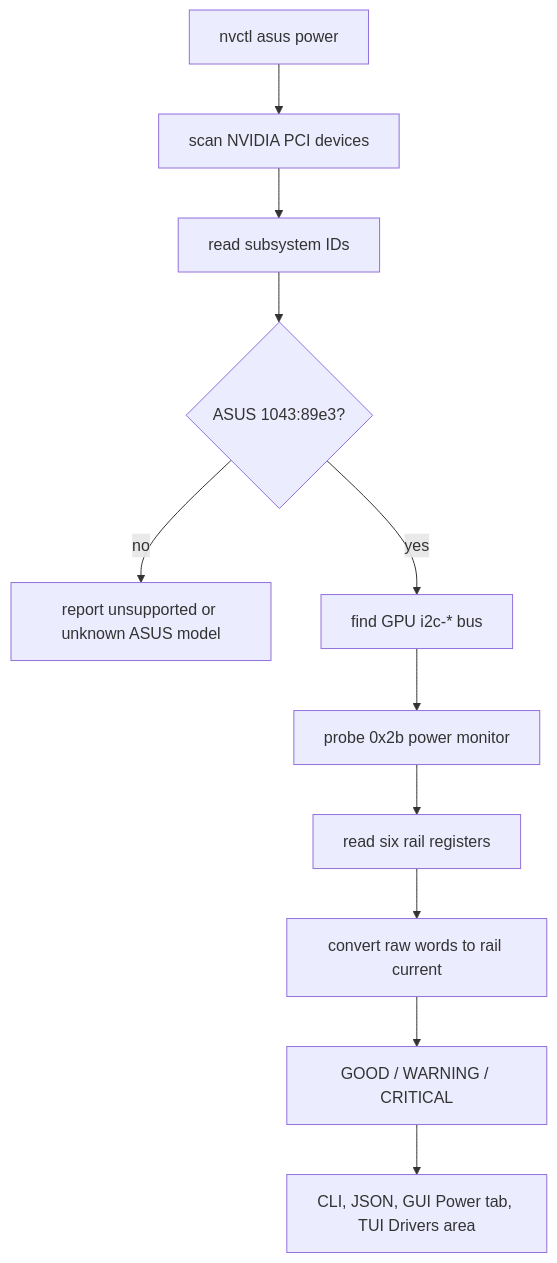
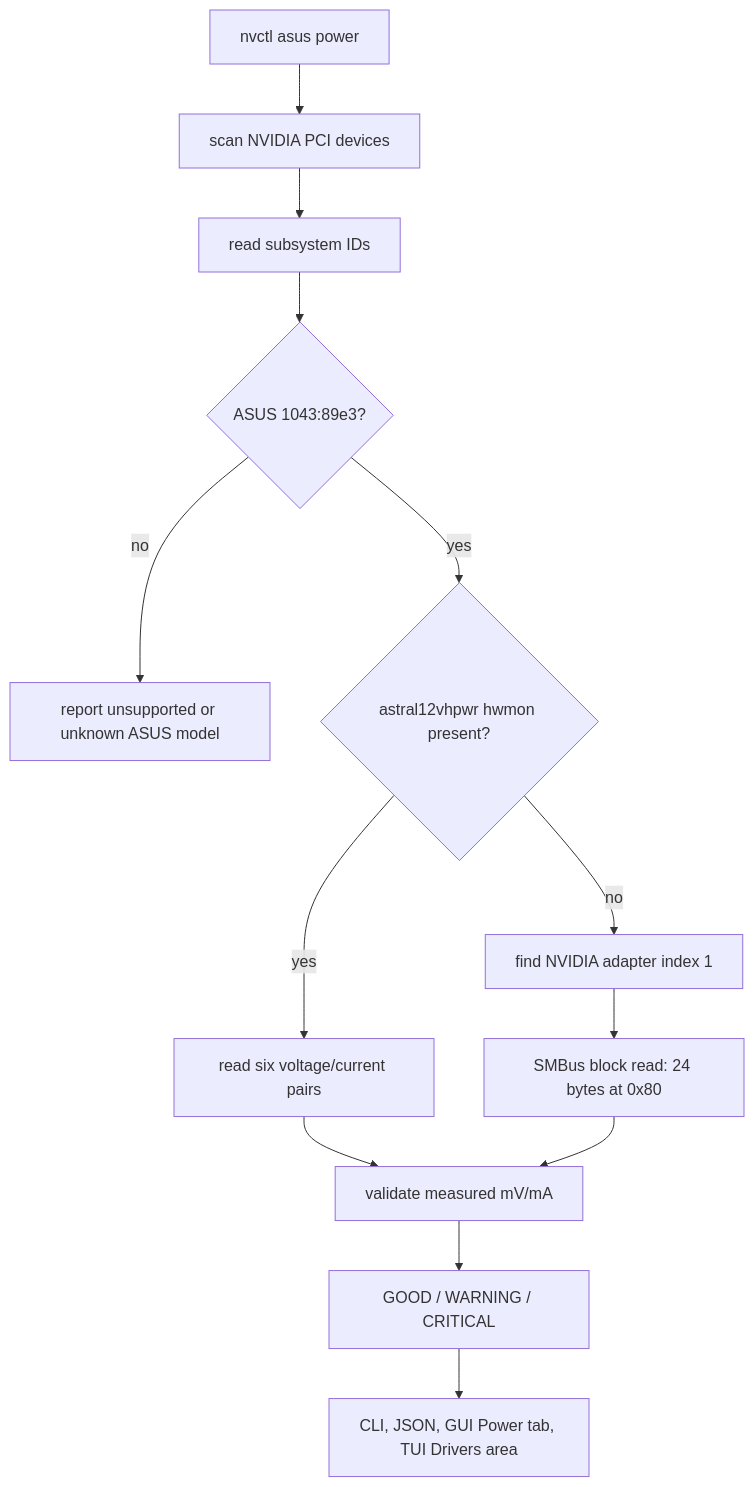
The first of 2 diagrams in docs/hardware/asus-astral.md (GhostKellz/nvcontrol), drawn with Mermaid before and after one commit. The commit also changed other lines of this file and 66 other files, not shown here.

````diff
--- a/docs/hardware/asus-astral.md
+++ b/docs/hardware/asus-astral.md
@@ -165,13 +165,15 @@
 ```mermaid
 flowchart TD
     command["nvctl asus power"] --> pci["scan NVIDIA PCI devices"]
     pci --> ids["read subsystem IDs"]
     ids --> astral{"ASUS 1043:89e3?"}
     astral -->|no| unsupported["report unsupported or unknown ASUS model"]
-    astral -->|yes| i2c["find GPU i2c-* bus"]
-    i2c --> probe["probe 0x2b power monitor"]
-    probe --> rails["read six rail registers"]
-    rails --> current["convert raw words to rail current"]
+    astral -->|yes| hwmon{"astral12vhpwr hwmon present?"}
+    hwmon -->|yes| rails["read six voltage/current pairs"]
+    hwmon -->|no| i2c["find NVIDIA adapter index 1"]
+    i2c --> rails2["SMBus block read: 24 bytes at 0x80"]
+    rails --> current["validate measured mV/mA"]
+    rails2 --> current
     current --> health["GOOD / WARNING / CRITICAL"]
     health --> output["CLI, JSON, GUI Power tab, TUI Drivers area"]
 ```
````
